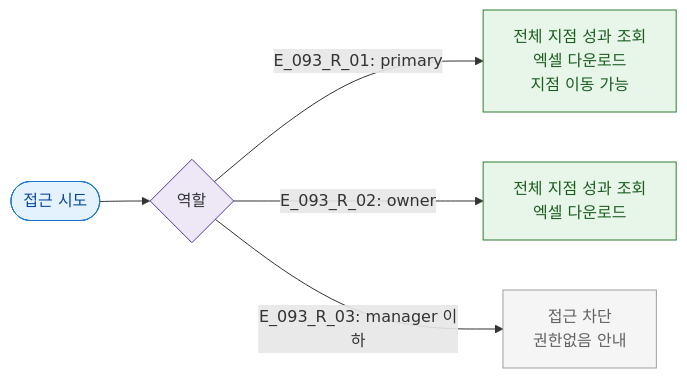
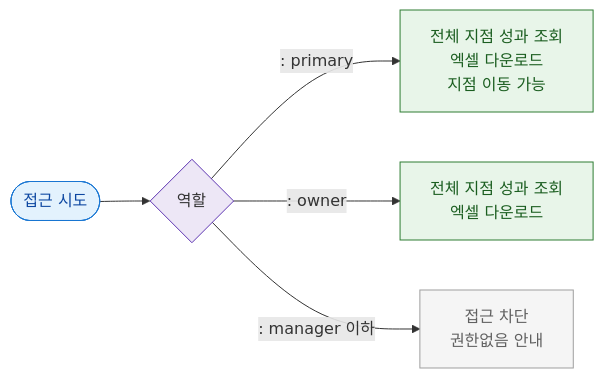
Before and after one commit to dev-spogym/admin-pando: the diagram in docs/다이어그램/D10_본사관리/SCR-093_지점성과리포트/F7_권한.md, drawn with Mermaid. The commit also changed other lines of this file and 1660 other files, not shown here.

First line of the commit message:
다이어그램: 기획자/클라이언트 납품본으로 정리

````diff
--- a/docs/다이어그램/D10_본사관리/SCR-093_지점성과리포트/F7_권한.md
+++ b/docs/다이어그램/D10_본사관리/SCR-093_지점성과리포트/F7_권한.md
@@ -14,18 +12,18 @@
 ```mermaid
 flowchart LR
   Entry([접근 시도]) --> Role{역할}
 
-  Role -->|"E_093_R_01: primary"| PrimaryAccess[전체 지점 성과 조회\n엑셀 다운로드\n지점 이동 가능]
-  Role -->|"E_093_R_02: owner"| OwnerAccess[전체 지점 성과 조회\n엑셀 다운로드]
-  Role -->|"E_093_R_03: manager 이하"| Blocked[접근 차단\n권한없음 안내]
+  Role -->|": primary"|PrimaryAccess[전체 지점 성과 조회\n엑셀 다운로드\n지점 이동 가능]
+  Role -->|": owner"|OwnerAccess[전체 지점 성과 조회\n엑셀 다운로드]
+  Role -->|": manager 이하"|Blocked[접근 차단\n권한없음 안내]
 
   classDef screen fill:#E3F2FD,stroke:#1976D2,color:#0D47A1
   classDef system fill:#EDE7F6,stroke:#5E35B2
   classDef success fill:#E8F5E9,stroke:#2E7D32,color:#1B5E20
   classDef rbacBlocked fill:#F5F5F5,stroke:#9E9E9E,color:#616161
 
   class Entry screen
   class Role system
   class PrimaryAccess,OwnerAccess success
   class Blocked rbacBlocked
 ```
````
